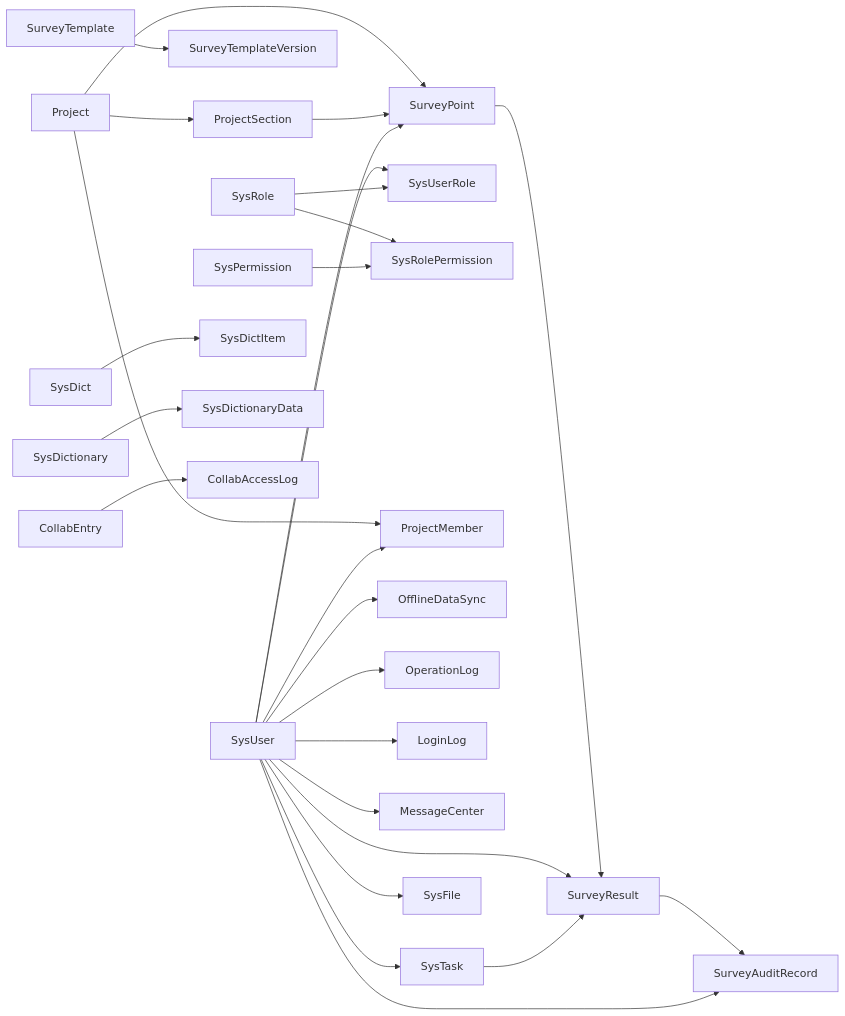
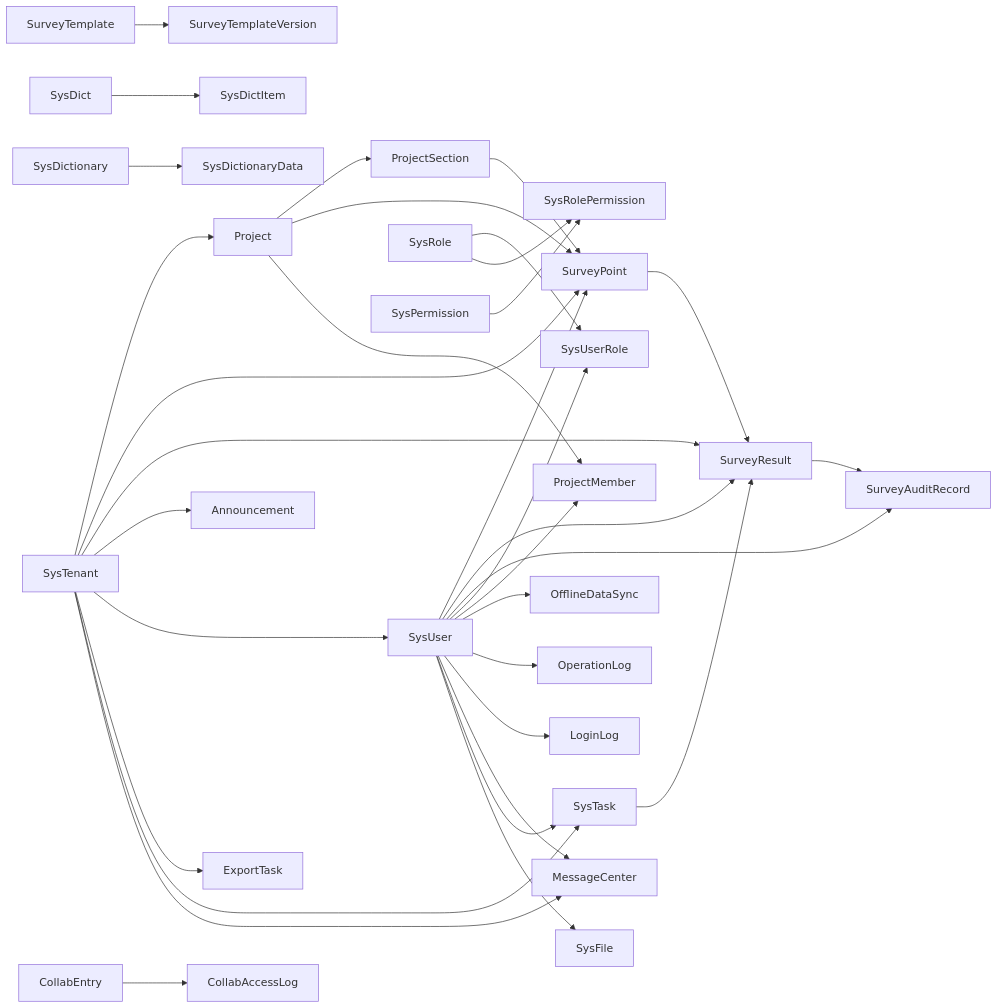
One commit to bo961386926/Survey-App changed the fifth of 5 diagrams in .qoder/repowiki/en/content/Database Design/Database Design.md. Above: the diagram before and after it, drawn with Mermaid. The commit also changed other lines of this file and 18 other files, not shown here.

````diff
--- a/.qoder/repowiki/en/content/Database Design/Database Design.md
+++ b/.qoder/repowiki/en/content/Database Design/Database Design.md
@@ -792,28 +580,36 @@
 ```mermaid
 graph LR
-Project["Project"] --> ProjectSection["ProjectSection"]
-Project --> SurveyPoint["SurveyPoint"]
+SysTenant["SysTenant"] --> Project["Project"]
+SysTenant --> SurveyPoint["SurveyPoint"]
+SysTenant --> SurveyResult["SurveyResult"]
+SysTenant --> Announcement["Announcement"]
+SysTenant --> SysUser["SysUser"]
+SysTenant --> ExportTask["ExportTask"]
+SysTenant --> SysTask["SysTask"]
+SysTenant --> MessageCenter["MessageCenter"]
+Project --> ProjectSection["ProjectSection"]
+Project --> SurveyPoint
 ProjectSection --> SurveyPoint
-SurveyTemplate["SurveyTemplate"] --> SurveyTemplateVersion["SurveyTemplateVersion"]
-SurveyPoint --> SurveyResult["SurveyResult"]
+SurveyTemplate --> SurveyTemplateVersion
+SurveyPoint --> SurveyResult
 SurveyResult --> SurveyAuditRecord["SurveyAuditRecord"]
-SysUser["SysUser"] --> SurveyPoint
+SysUser --> SurveyPoint
 SysUser --> SurveyResult
 SysUser --> SurveyAuditRecord
 SysUser --> SysUserRole["SysUserRole"]
-SysRole["SysRole"] --> SysUserRole
+SysRole --> SysUserRole
 SysRole --> SysRolePermission["SysRolePermission"]
-SysPermission["SysPermission"] --> SysRolePermission
-SysDict["SysDict"] --> SysDictItem["SysDictItem"]
-SysDictionary["SysDictionary"] --> SysDictionaryData["SysDictionaryData"]
+SysPermission --> SysRolePermission
+SysDict --> SysDictItem["SysDictItem"]
+SysDictionary --> SysDictionaryData["SysDictionaryData"]
 Project --> ProjectMember["ProjectMember"]
 SysUser --> ProjectMember
 SysUser --> OfflineDataSync["OfflineDataSync"]
 SysUser --> OperationLog["OperationLog"]
 SysUser --> LoginLog["LoginLog"]
-SysUser --> MessageCenter["MessageCenter"]
-SysUser --> SysTask["SysTask"]
-CollabEntry["CollabEntry"] --> CollabAccessLog["CollabAccessLog"]
+SysUser --> MessageCenter
+SysUser --> SysTask
+CollabEntry --> CollabAccessLog["CollabAccessLog"]
 SysUser --> SysFile["SysFile"]
-SysTask --> SurveyResult["SurveyResult"]
+SysTask --> SurveyResult
 ```
````
